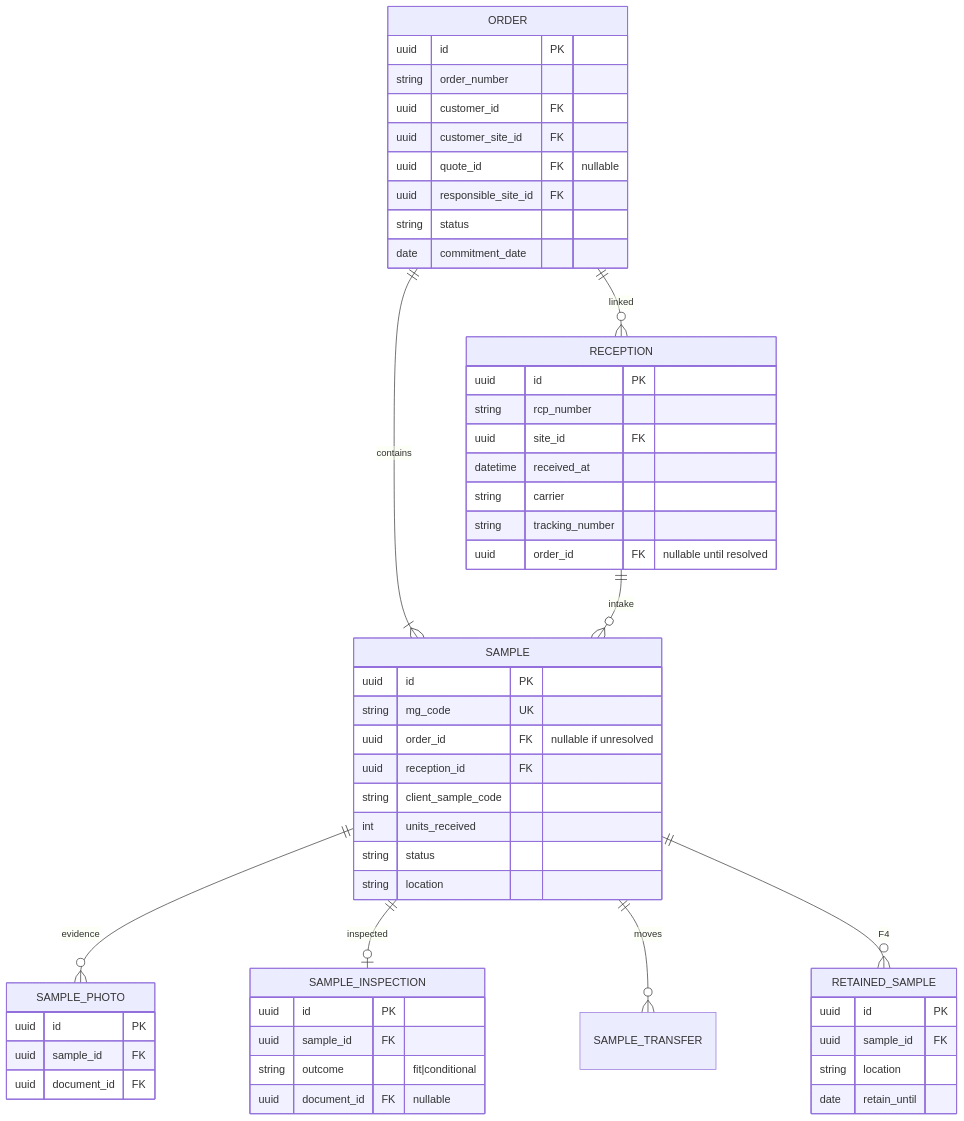
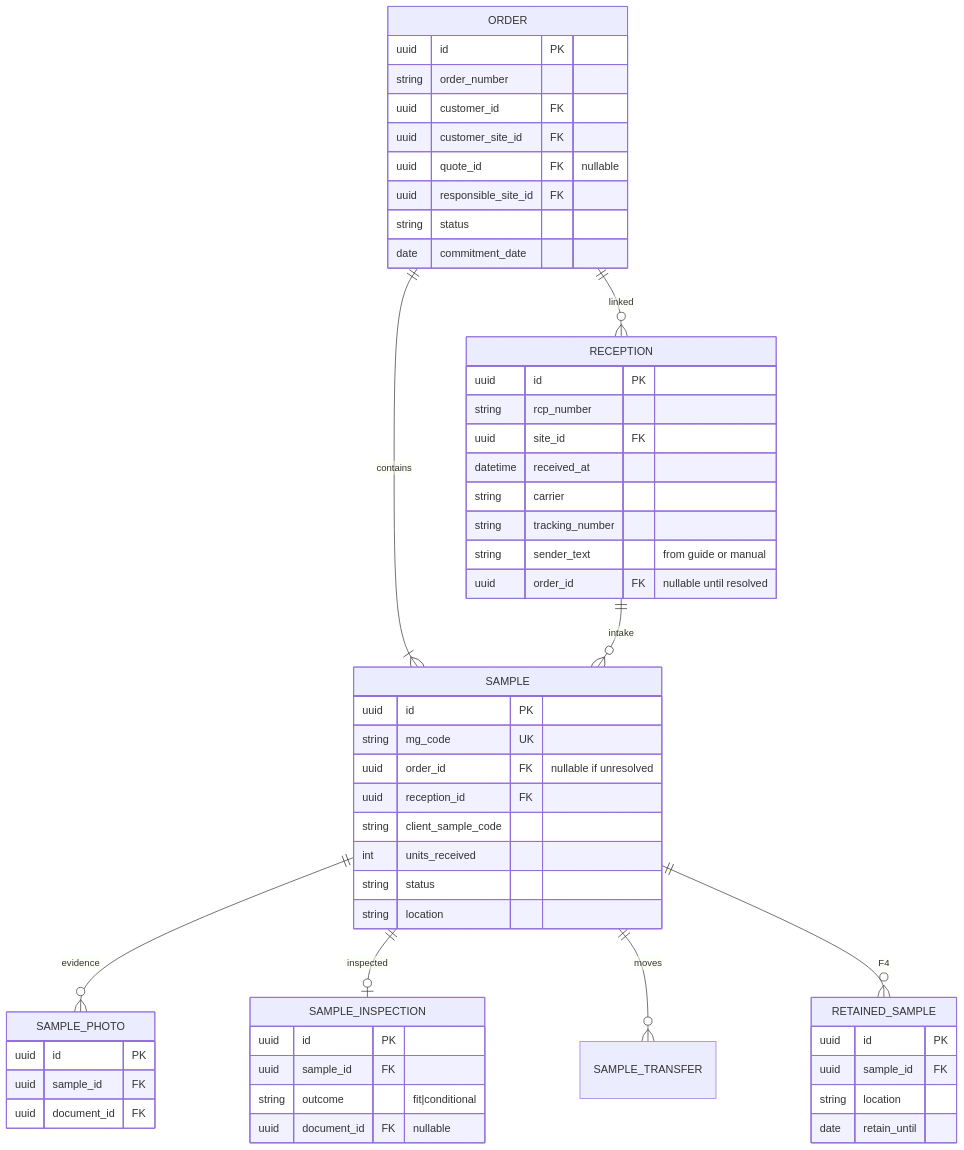
The fifth of 11 diagrams in docs/domain-er-model.md (javiortizmol/labsmyg-core-api), drawn with Mermaid before and after one commit. The commit also changed other lines of this file and 32 other files, not shown here.

````diff
--- a/docs/domain-er-model.md
+++ b/docs/domain-er-model.md
@@ -206,57 +206,58 @@
 ```mermaid
 erDiagram
   ORDER ||--|{ SAMPLE : contains
   RECEPTION ||--o{ SAMPLE : intake
   ORDER ||--o{ RECEPTION : linked
   SAMPLE ||--o{ SAMPLE_PHOTO : evidence
   SAMPLE ||--o| SAMPLE_INSPECTION : inspected
   SAMPLE ||--o{ SAMPLE_TRANSFER : moves
   SAMPLE ||--o{ RETAINED_SAMPLE : F4
 
   ORDER {
     uuid id PK
     string order_number
     uuid customer_id FK
     uuid customer_site_id FK
     uuid quote_id FK "nullable"
     uuid responsible_site_id FK
     string status
     date commitment_date
   }
   RECEPTION {
     uuid id PK
     string rcp_number
     uuid site_id FK
     datetime received_at
     string carrier
     string tracking_number
+    string sender_text "from guide or manual"
     uuid order_id FK "nullable until resolved"
   }
   SAMPLE {
     uuid id PK
     string mg_code UK
     uuid order_id FK "nullable if unresolved"
     uuid reception_id FK
     string client_sample_code
     int units_received
     string status
     string location
   }
   SAMPLE_PHOTO {
     uuid id PK
     uuid sample_id FK
     uuid document_id FK
   }
   SAMPLE_INSPECTION {
     uuid id PK
     uuid sample_id FK
     string outcome "fit|conditional"
     uuid document_id FK "nullable"
   }
   RETAINED_SAMPLE {
     uuid id PK
     uuid sample_id FK
     string location
     date retain_until
   }
 ```
````
